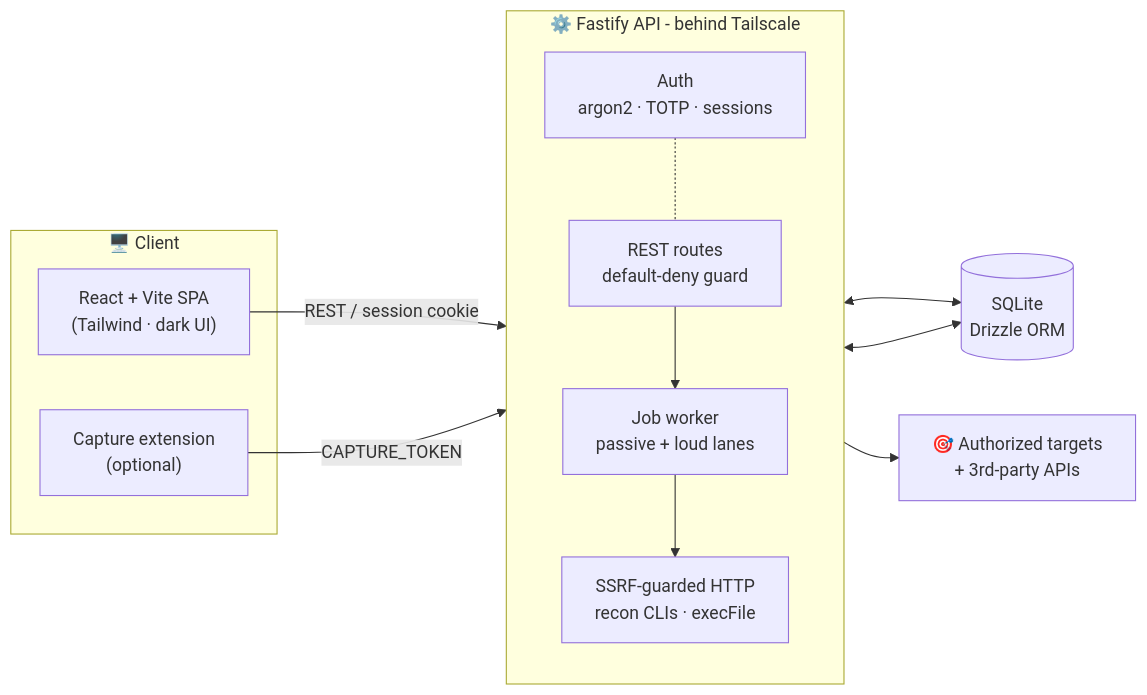
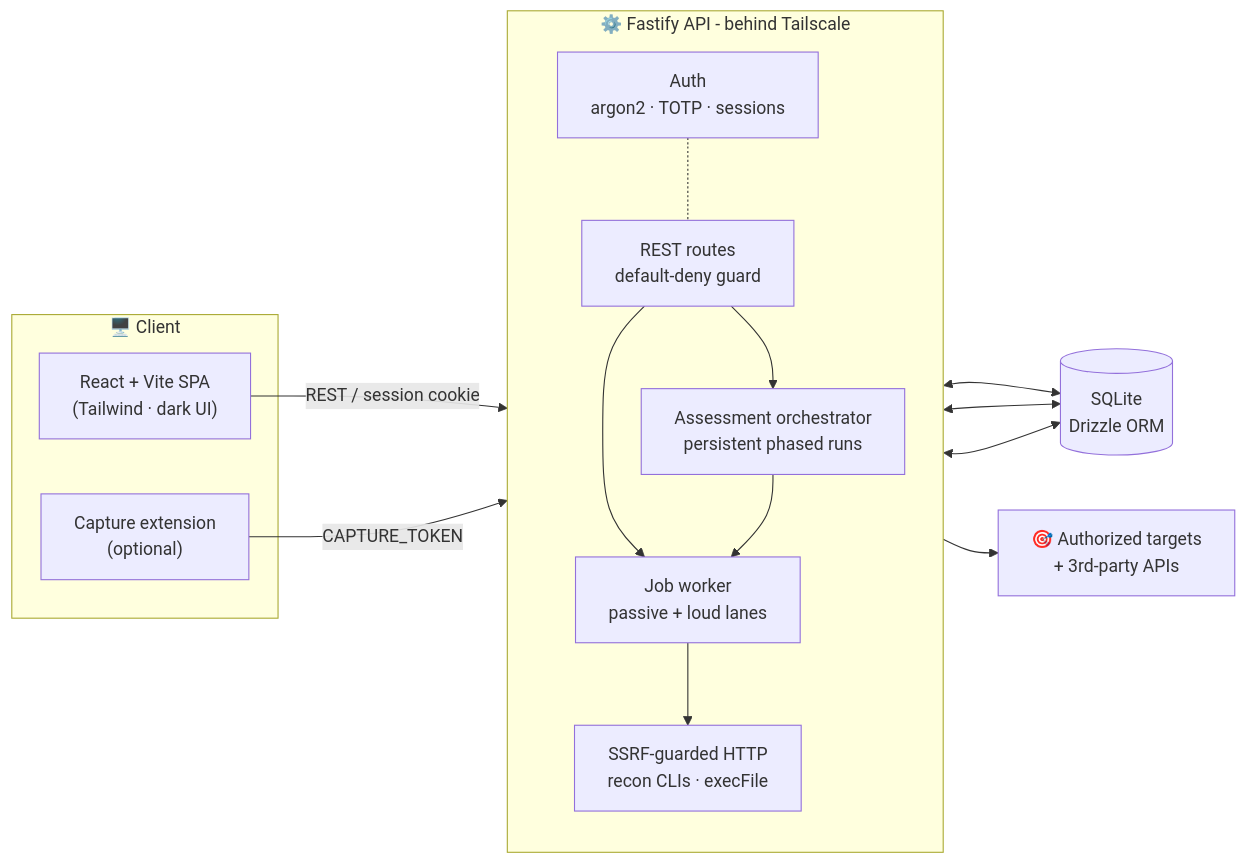
One commit to Maiiaa30/ReconDashboard changed the diagram in README.md. Above: the diagram before and after it, drawn with Mermaid. The commit also changed other lines of this file, not shown here.

First line of the commit message:
docs(readme): document assessment orchestration and coverage

````diff
--- a/README.md
+++ b/README.md
@@ -100,27 +139,31 @@
 ```mermaid
 flowchart LR
     subgraph client["🖥️  Client"]
         SPA["React + Vite SPA<br/>(Tailwind · dark UI)"]
         EXT["Capture extension<br/>(optional)"]
     end
 
     subgraph server["⚙️  Fastify API - behind Tailscale"]
         direction TB
         AUTH["Auth<br/>argon2 · TOTP · sessions"]
         ROUTES["REST routes<br/>default-deny guard"]
+        ORCH["Assessment orchestrator<br/>persistent phased runs"]
         WORKER["Job worker<br/>passive + loud lanes"]
         NET["SSRF-guarded HTTP<br/>recon CLIs · execFile"]
     end
 
     DB[("SQLite<br/>Drizzle ORM")]
     OUT["🎯  Authorized targets<br/>+ 3rd-party APIs"]
 
     SPA -- "REST / session cookie" --> ROUTES
     EXT -- "CAPTURE_TOKEN" --> ROUTES
     AUTH -.- ROUTES
     ROUTES --> WORKER
+    ROUTES --> ORCH
+    ORCH --> WORKER
+    ORCH <--> DB
     ROUTES <--> DB
     WORKER <--> DB
     WORKER --> NET
     NET --> OUT
 ```
````
